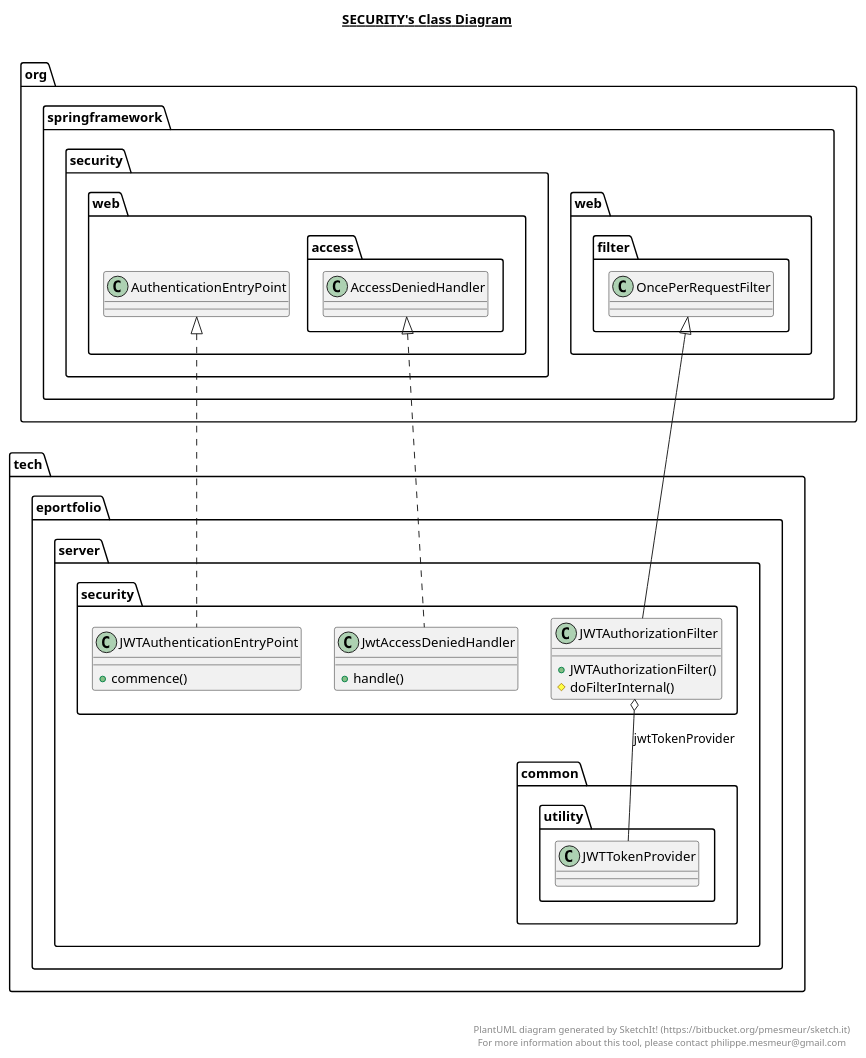
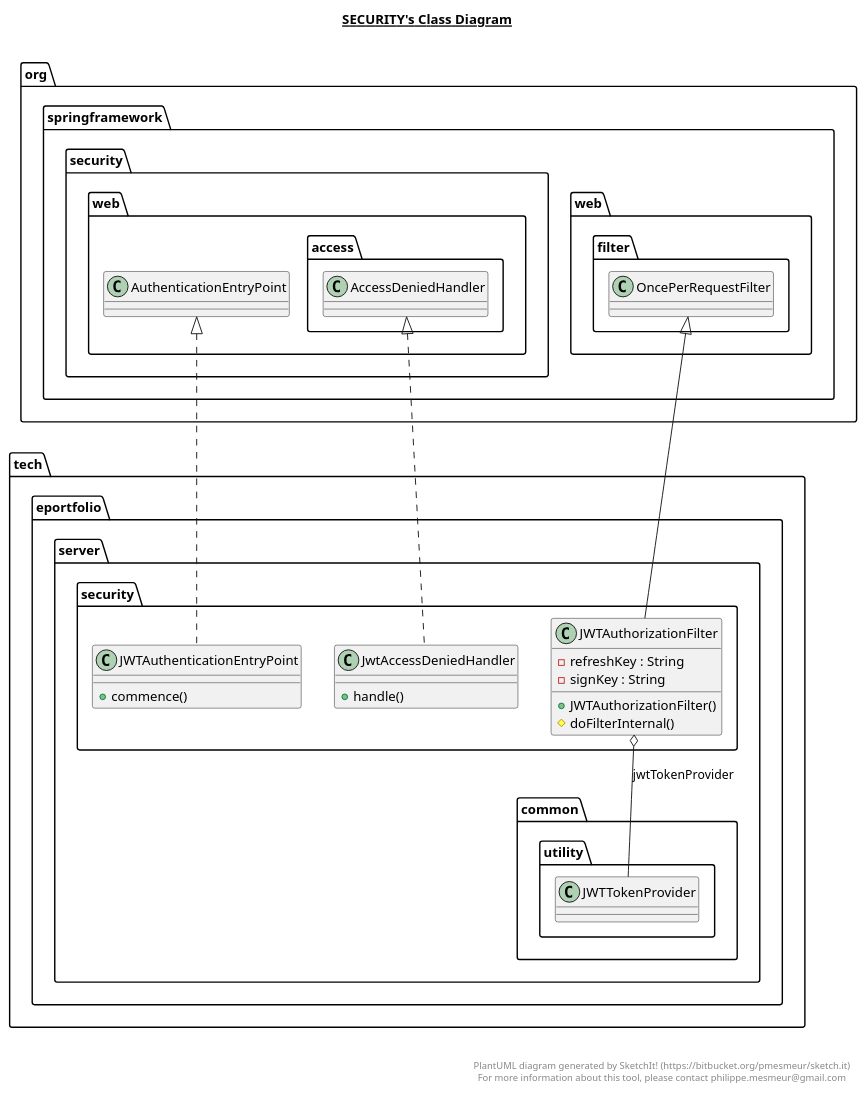
The diagram in src/main/java/tech/eportfolio/server/security/security.plantuml (eportfolio-tech/server), drawn with PlantUML before and after one commit. The commit also changed 33 other files, not shown here.

Commit message:
docs: Upload diagrams

```diff
--- a/src/main/java/tech/eportfolio/server/security/security.plantuml
+++ b/src/main/java/tech/eportfolio/server/security/security.plantuml
@@ -1,46 +1,48 @@
 @startuml
 
 title __SECURITY's Class Diagram__\n
 
   namespace tech.eportfolio.server {
     namespace security {
       class tech.eportfolio.server.security.JWTAuthenticationEntryPoint {
           + commence()
       }
     }
   }
   
 
   namespace tech.eportfolio.server {
     namespace security {
       class tech.eportfolio.server.security.JWTAuthorizationFilter {
+          - refreshKey : String
+          - signKey : String
           + JWTAuthorizationFilter()
           # doFilterInternal()
       }
     }
   }
   
 
   namespace tech.eportfolio.server {
     namespace security {
       class tech.eportfolio.server.security.JwtAccessDeniedHandler {
           + handle()
       }
     }
   }
   
 
   tech.eportfolio.server.security.JWTAuthenticationEntryPoint .up.|> org.springframework.security.web.AuthenticationEntryPoint
   tech.eportfolio.server.security.JWTAuthorizationFilter -up-|> org.springframework.web.filter.OncePerRequestFilter
   tech.eportfolio.server.security.JWTAuthorizationFilter o-- tech.eportfolio.server.common.utility.JWTTokenProvider : jwtTokenProvider
   tech.eportfolio.server.security.JwtAccessDeniedHandler .up.|> org.springframework.security.web.access.AccessDeniedHandler
 
 
 right footer
 
 
 PlantUML diagram generated by SketchIt! (https://bitbucket.org/pmesmeur/sketch.it)
 For more information about this tool, please contact philippe.mesmeur@gmail.com
 endfooter
 
 @enduml
```
